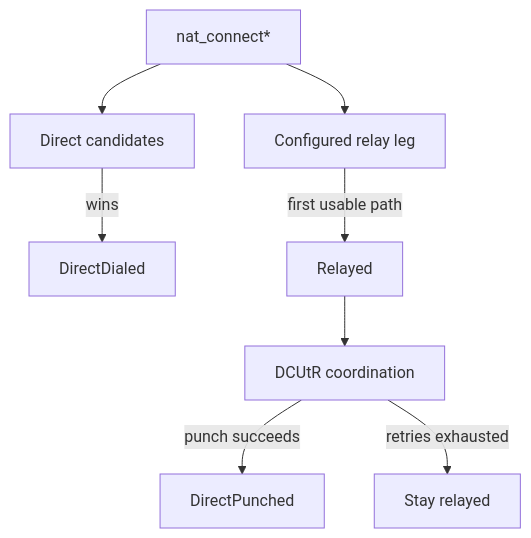
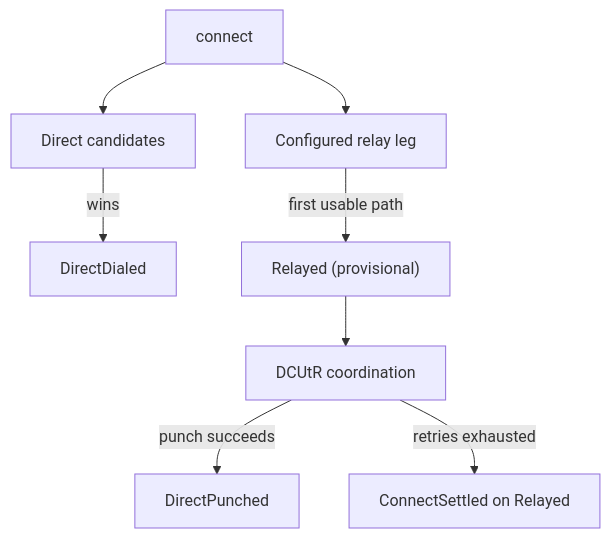
The diagram in docs/md/rust/traverse-nat.mdx (deepso7/minip2p), drawn with Mermaid before and after one commit. The commit also changed other lines of this file and 33 other files, not shown here.

First line of the commit message:
Fold NAT and relay policy into ConnectEngine

````diff
--- a/docs/md/rust/traverse-nat.mdx
+++ b/docs/md/rust/traverse-nat.mdx
@@ -93,10 +97,10 @@
 ```mermaid
 flowchart TB
-  A["nat_connect*"] --> B["Direct candidates"]
+  A["connect"] --> B["Direct candidates"]
   A --> C["Configured relay leg"]
   B -->|"wins"| D["DirectDialed"]
-  C -->|"first usable path"| E["Relayed"]
+  C -->|"first usable path"| E["Relayed (provisional)"]
   E --> F["DCUtR coordination"]
   F -->|"punch succeeds"| G["DirectPunched"]
-  F -->|"retries exhausted"| H["Stay relayed"]
+  F -->|"retries exhausted"| H["ConnectSettled on Relayed"]
 ```
````
